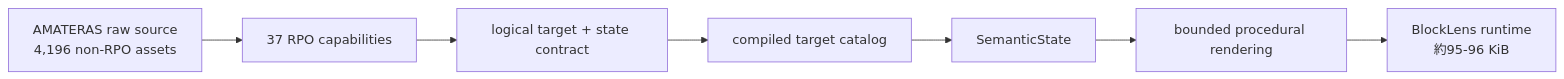
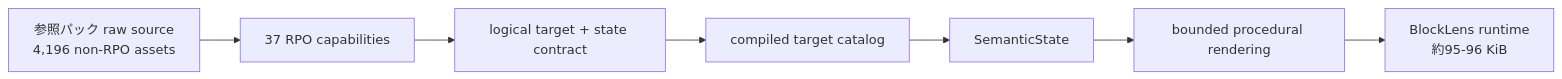
The second of 6 diagrams in README_ja.md (bosatsu25/BlockLens), drawn with Mermaid before and after one commit. The commit also changed other lines of this file and 58 other files, not shown here.

````diff
--- a/README_ja.md
+++ b/README_ja.md
@@ -59,9 +59,9 @@
 ```mermaid
 flowchart LR
-    RAW[AMATERAS raw source<br/>4,196 non-RPO assets] --> RPO[37 RPO capabilities]
+    RAW[参照パック raw source<br/>4,196 non-RPO assets] --> RPO[37 RPO capabilities]
     RPO --> CONTRACT[logical target + state contract]
     CONTRACT --> IDX[compiled target catalog]
     IDX --> SEM[SemanticState]
     SEM --> RENDER[bounded procedural rendering]
     RENDER --> JAR[BlockLens runtime<br/>約95-96 KiB]
 ```
````
